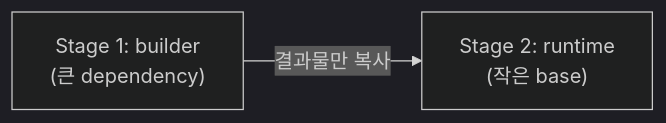
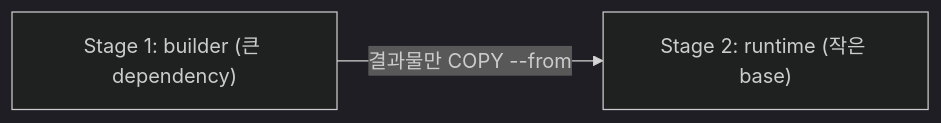
The third of 3 diagrams in src/content/wiki/virtualization/docker.mdx (shinkeonkim/shinkeonkim.github.io), drawn with Mermaid (dark theme) before and after one commit. The commit also changed other lines of this file and 526 other files, not shown here.

First line of the commit message:
content(wiki): 전수조사 및 대규모 보강 (짧은 파일 0, mermaid +645)

````diff
--- a/src/content/wiki/virtualization/docker.mdx
+++ b/src/content/wiki/virtualization/docker.mdx
@@ -63,4 +124,4 @@
 ```mermaid
 flowchart LR
-    Stage1["Stage 1: builder<br/>(큰 dependency)"] -->|결과물만 복사| Stage2["Stage 2: runtime<br/>(작은 base)"]
+    Stage1["Stage 1: builder (큰 dependency)"] -->|"결과물만 COPY --from"| Stage2["Stage 2: runtime (작은 base)"]
 ```
````
